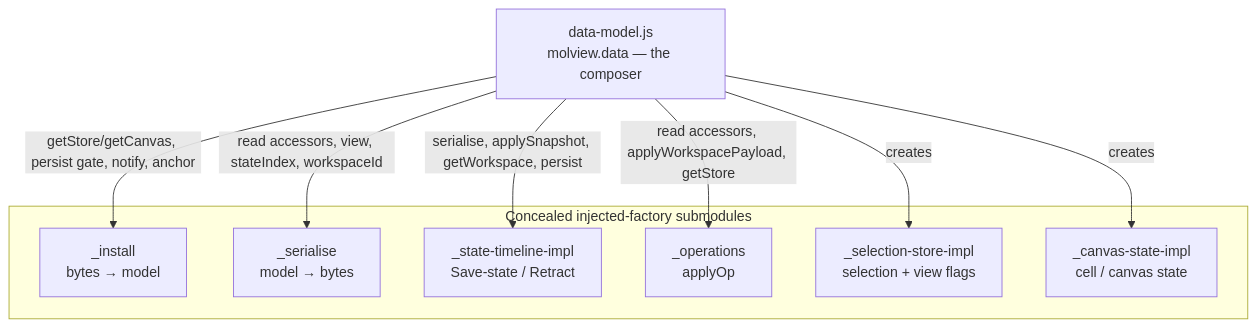
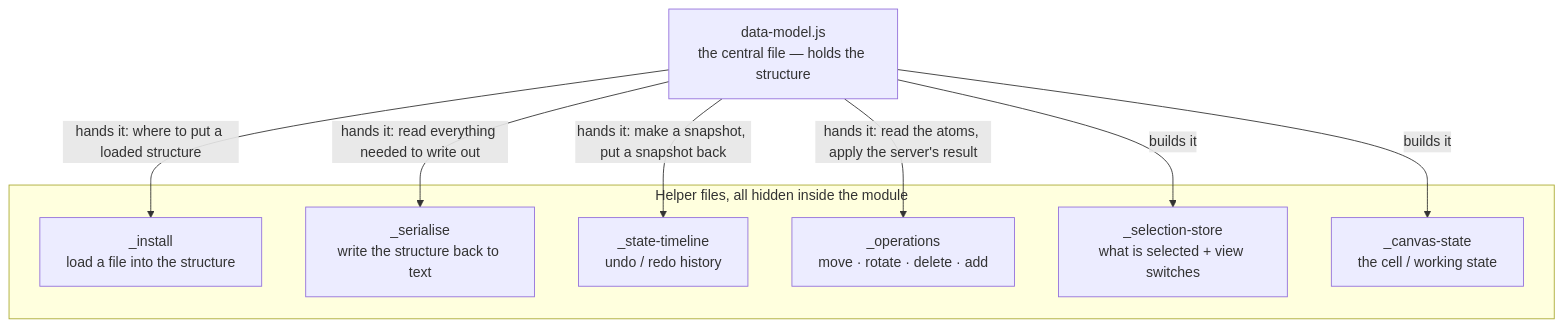
Before and after one commit to Qing-LAB/molbuilder: the third of 3 diagrams in docs/web/molview.md, drawn with Mermaid. The commit also changed other lines of this file, not shown here.

First line of the commit message:
docs(web): molview.md §23 — rewrite the internal architecture in plain language

````diff
--- a/docs/web/molview.md
+++ b/docs/web/molview.md
@@ -566,18 +572,18 @@
 ```mermaid
 flowchart TB
-    DM["data-model.js<br/>molview.data — the composer"]
-    subgraph subs["Concealed injected-factory submodules"]
-      IN["_install<br/>bytes → model"]
-      SE["_serialise<br/>model → bytes"]
-      ST["_state-timeline-impl<br/>Save-state / Retract"]
-      OP["_operations<br/>applyOp"]
-      SS["_selection-store-impl<br/>selection + view flags"]
-      CS["_canvas-state-impl<br/>cell / canvas state"]
+    DM["data-model.js<br/>the central file — holds the structure"]
+    subgraph subs["Helper files, all hidden inside the module"]
+      IN["_install<br/>load a file into the structure"]
+      SE["_serialise<br/>write the structure back to text"]
+      ST["_state-timeline<br/>undo / redo history"]
+      OP["_operations<br/>move · rotate · delete · add"]
+      SS["_selection-store<br/>what is selected + view switches"]
+      CS["_canvas-state<br/>the cell / working state"]
     end
-    DM -->|"getStore/getCanvas, persist gate, notify, anchor"| IN
-    DM -->|"read accessors, view, stateIndex, workspaceId"| SE
-    DM -->|"serialise, applySnapshot, getWorkspace, persist"| ST
-    DM -->|"read accessors, applyWorkspacePayload, getStore"| OP
-    DM -->|"creates"| SS
-    DM -->|"creates"| CS
+    DM -->|"hands it: make a snapshot, put a snapshot back"| ST
+    DM -->|"hands it: read the atoms, apply the server's result"| OP
+    DM -->|"hands it: read everything needed to write out"| SE
+    DM -->|"hands it: where to put a loaded structure"| IN
+    DM -->|"builds it"| SS
+    DM -->|"builds it"| CS
 ```
````
